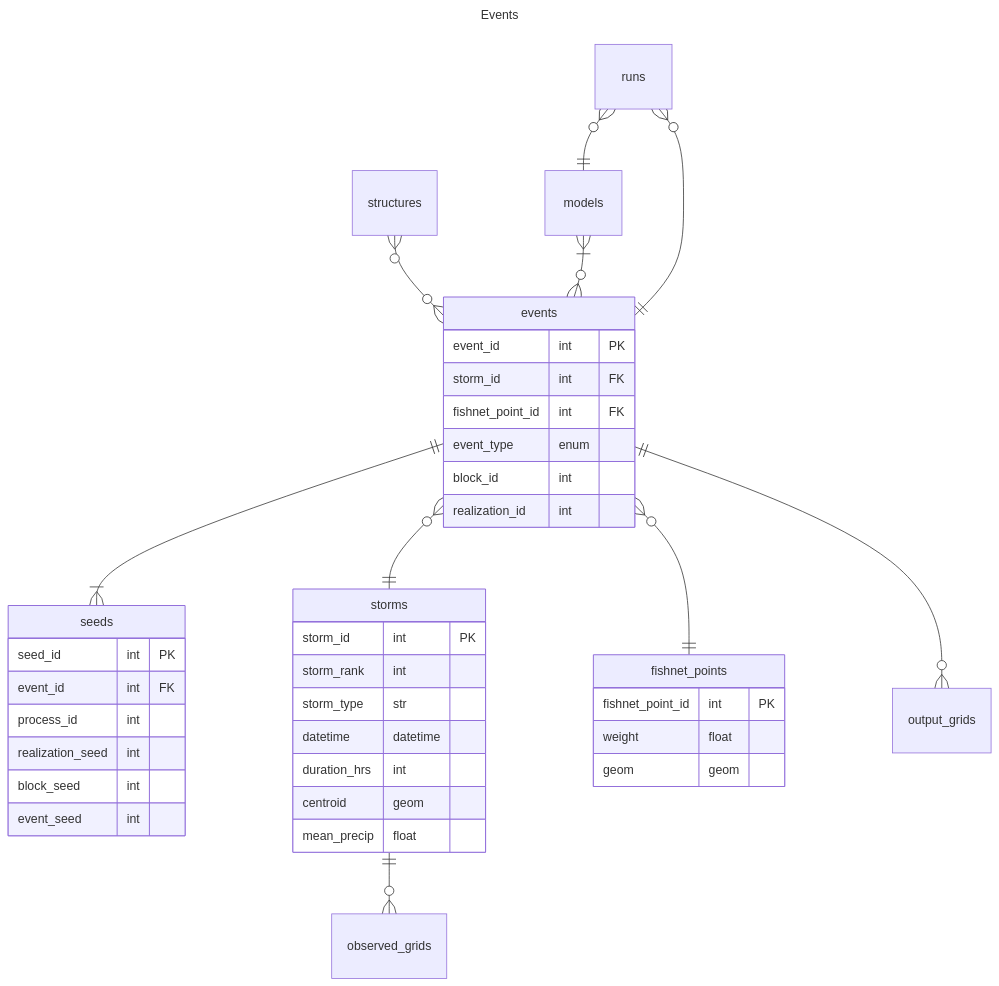
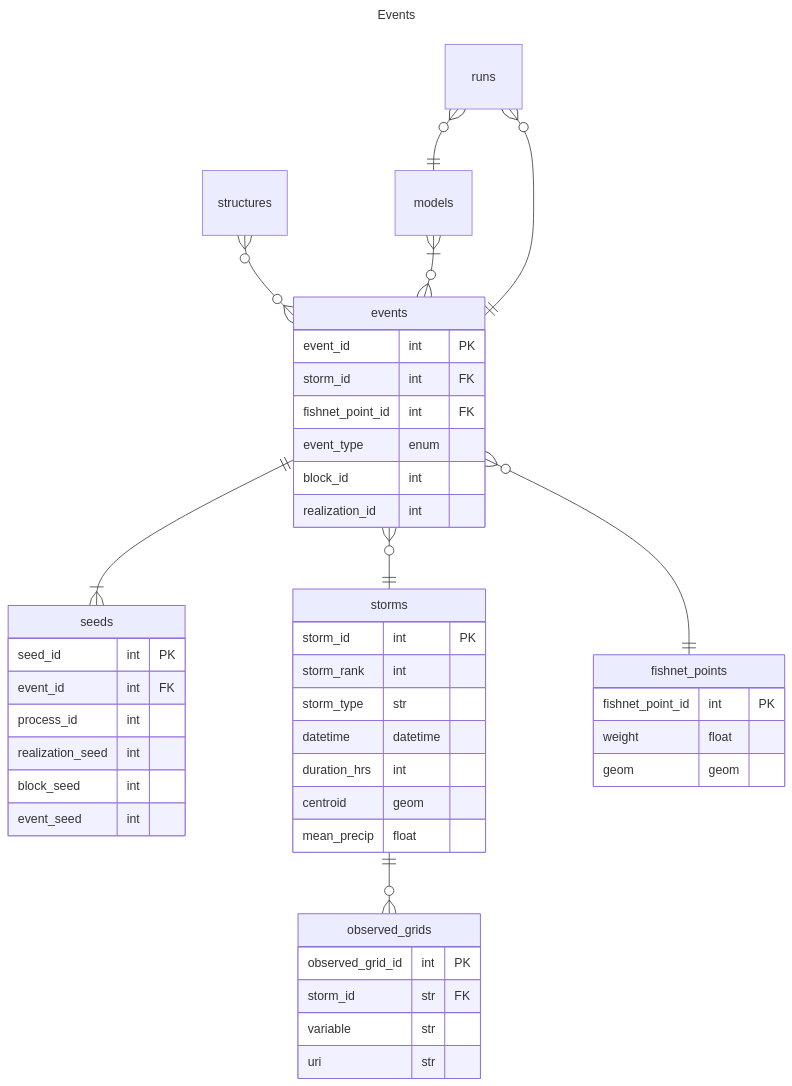
Before and after one commit to fema-ffrd/ffrd-data-model: the diagram in rdb/events.mmd, drawn with Mermaid. The commit also changed 2 other files, not shown here.

```diff
--- a/rdb/events.mmd
+++ b/rdb/events.mmd
@@ -1,56 +1,57 @@
 ---
 title: Events
 ---
 
 erDiagram
     events ||--|{ seeds : ""
     events }o--|| storms : ""
     events }o--|| fishnet_points : ""
     structures }o--o{ events : ""
     models }|--o{ events : ""
     runs }o--|| models : ""
     runs }o--|| events : ""
     storms ||--o{ observed_grids : ""
-    events ||--o{ output_grids : ""
 
 
     storms {
         storm_id int PK
         storm_rank int
         storm_type str
         datetime datetime
         duration_hrs int
         centroid geom
         mean_precip float
     }
     fishnet_points {
         fishnet_point_id int PK
         weight float
         geom geom
     }
     events {
         event_id int PK
         storm_id int FK
         fishnet_point_id int FK
         event_type enum
         block_id int
         realization_id int
     }
     seeds {
         seed_id int PK
         event_id int FK
         process_id int
         realization_seed int
         block_seed int
         event_seed int
     }
     structures {
     }
     events {
     }
     runs {
     }
     observed_grids {
+        observed_grid_id int PK
+        storm_id str FK
+        variable str
+        uri str
     }
-    output_grids {
-    }
```
